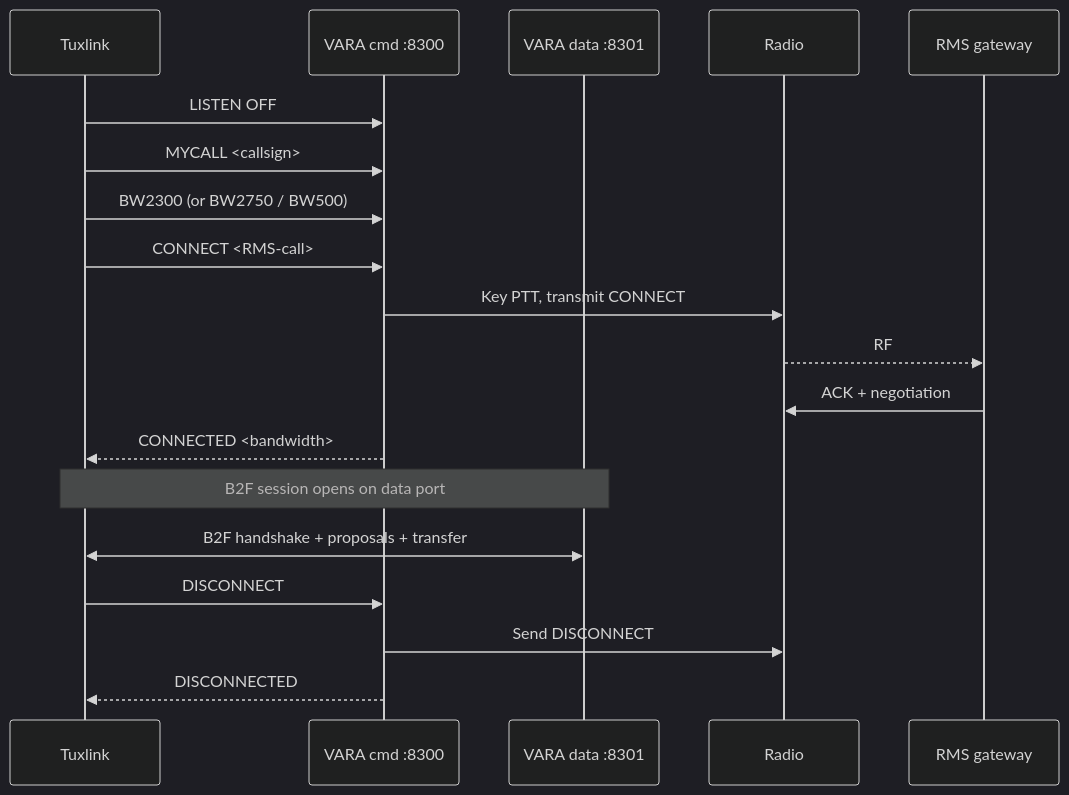
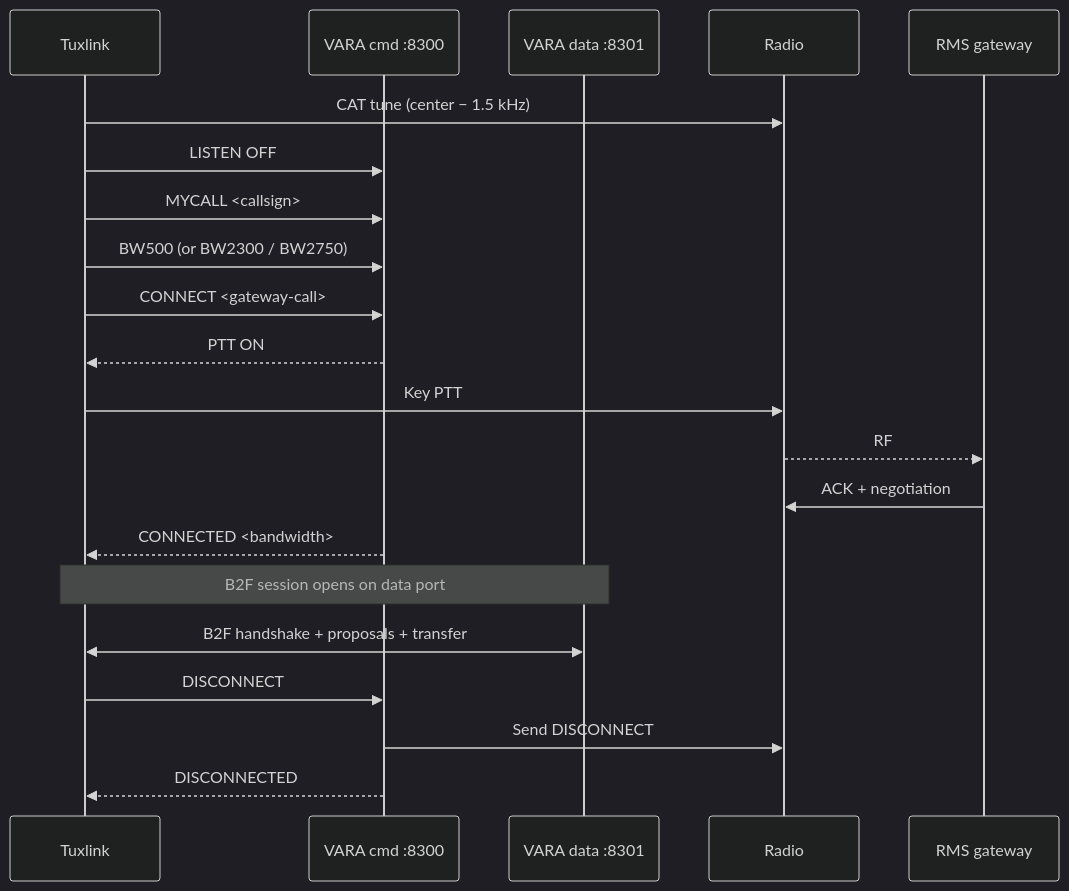
The diagram in docs/user-guide/16-vara-hf-deep-dive.md (cameronzucker/tuxlink), drawn with Mermaid (dark theme) before and after one commit. The commit also changed other lines of this file and 9 other files, not shown here.

````diff
--- a/docs/user-guide/16-vara-hf-deep-dive.md
+++ b/docs/user-guide/16-vara-hf-deep-dive.md
@@ -129,22 +198,24 @@
 ```mermaid
 sequenceDiagram
     participant TX as Tuxlink
     participant VC as VARA cmd :8300
     participant VD as VARA data :8301
     participant Radio as Radio
     participant RMS as RMS gateway
 
+    TX->>Radio: CAT tune (center − 1.5 kHz)
     TX->>VC: LISTEN OFF
     TX->>VC: MYCALL <callsign>
-    TX->>VC: BW2300 (or BW2750 / BW500)
-    TX->>VC: CONNECT <RMS-call>
-    VC->>Radio: Key PTT, transmit CONNECT
+    TX->>VC: BW500 (or BW2300 / BW2750)
+    TX->>VC: CONNECT <gateway-call>
+    VC-->>TX: PTT ON
+    TX->>Radio: Key PTT
     Radio-->>RMS: RF
     RMS->>Radio: ACK + negotiation
     VC-->>TX: CONNECTED <bandwidth>
     Note over TX,VD: B2F session opens on data port
     TX<<->>VD: B2F handshake + proposals + transfer
     TX->>VC: DISCONNECT
     VC->>Radio: Send DISCONNECT
     VC-->>TX: DISCONNECTED
 ```
````
